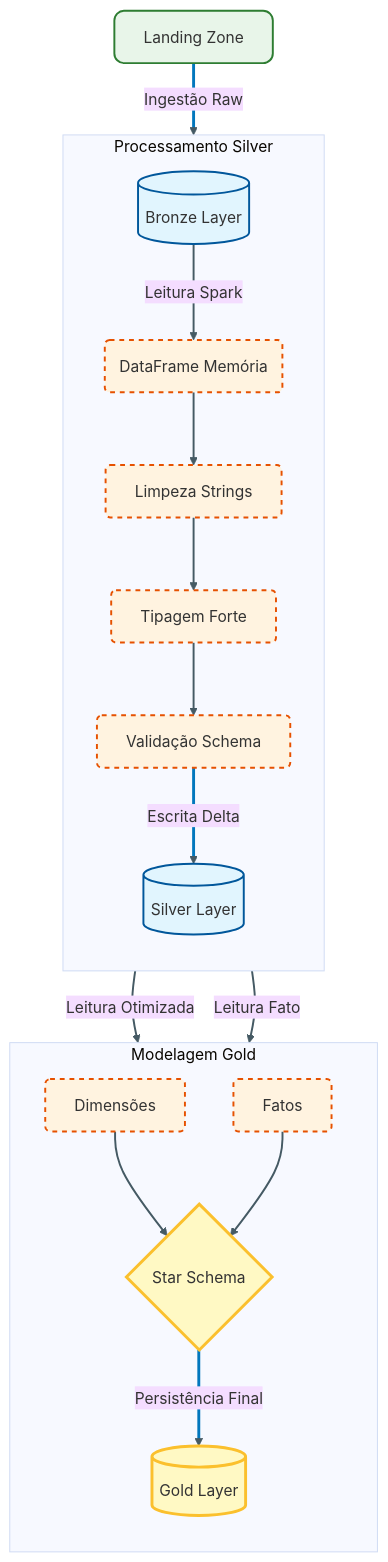
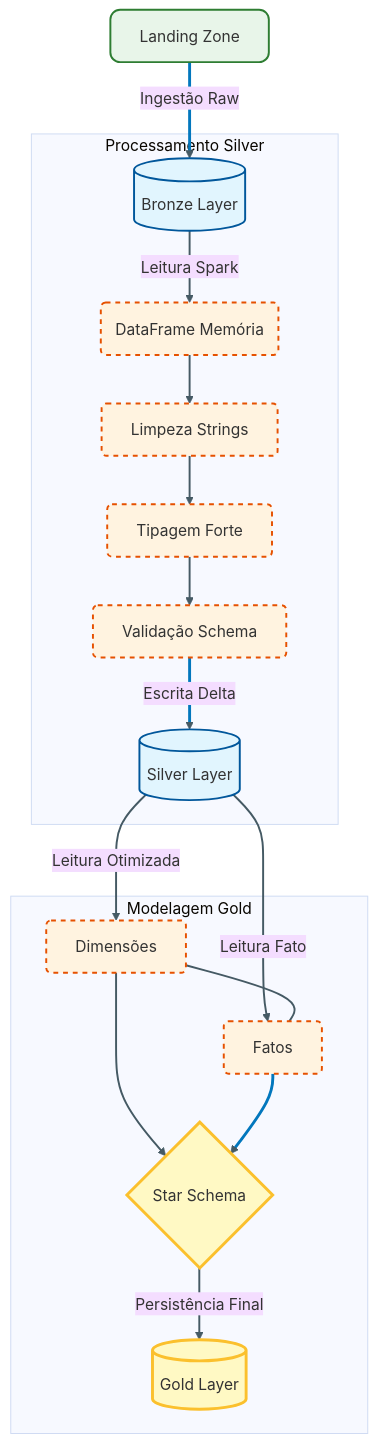
One commit to devdiasbr/databricks-challenge changed the second of 2 diagrams in docs/manual/04_arquitetura_detalhada.md. Above: the diagram before and after it, drawn with Mermaid (base theme).

Commit message:
docs: ajusta layout mermaid para forçar empilhamento vertical

````diff
--- a/docs/manual/04_arquitetura_detalhada.md
+++ b/docs/manual/04_arquitetura_detalhada.md
@@ -116,33 +116,32 @@
 ```mermaid
 flowchart TD
     %% Definição de Estilos (Classes)
     classDef storage fill:#e1f5fe,stroke:#01579b,stroke-width:2px,rx:5,ry:5;
     classDef process fill:#fff3e0,stroke:#e65100,stroke-width:2px,stroke-dasharray: 5 5,rx:5,ry:5;
     classDef gold fill:#fff9c4,stroke:#fbc02d,stroke-width:3px,rx:10,ry:10;
     classDef start fill:#e8f5e9,stroke:#2e7d32,stroke-width:2px,rx:10,ry:10;
 
     %% Fluxo Principal
     LZ[Landing Zone]:::start -->|Ingestão Raw| BR[(Bronze Layer)]:::storage
     
     subgraph Silver_Stage [Processamento Silver]
-        direction TB
         BR -->|Leitura Spark| DF(DataFrame Memória):::process
         DF --> CLEAN[Limpeza Strings]:::process
         CLEAN --> TYPE[Tipagem Forte]:::process
         TYPE --> SCHEMA[Validação Schema]:::process
         SCHEMA -->|Escrita Delta| SL[(Silver Layer)]:::storage
     end
 
     subgraph Gold_Stage [Modelagem Gold]
-        direction TB
         SL -->|Leitura Otimizada| DIMS[Dimensões]:::process
         SL -->|Leitura Fato| FATO[Fatos]:::process
+        DIMS ~~~ FATO
         DIMS --> JOIN{Star Schema}:::gold
         FATO --> JOIN
         JOIN -->|Persistência Final| GD[(Gold Layer)]:::gold
     end
 
     %% Estilização das Conexões
     linkStyle default stroke:#455a64,stroke-width:2px;
     linkStyle 0,5,10 stroke:#0277bd,stroke-width:3px;
 ```
````
